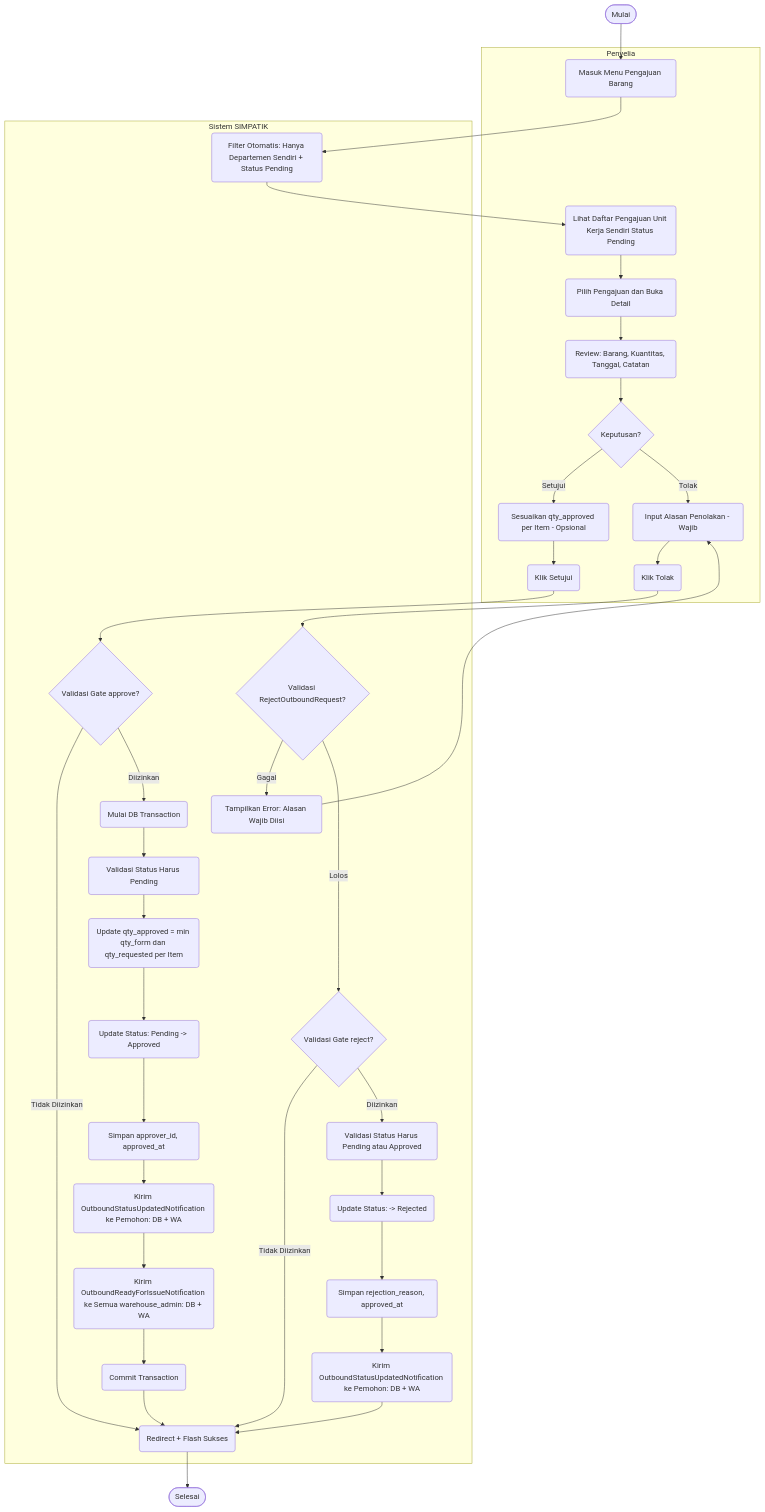
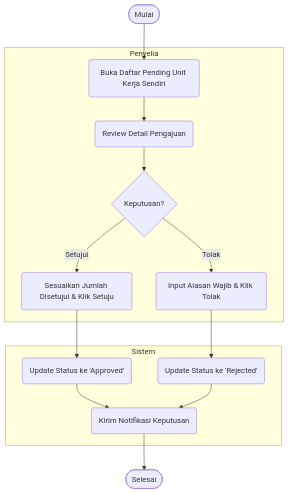
One commit to wahyu2021/SIMPATIK changed diagram 11 of 14 in laporan_activity_diagram.md. Above: the diagram before and after it, drawn with Mermaid. The commit also changed other lines of this file and 34 other files, not shown here.

Commit message:
Menyempurnakan logika seeder (User, Master Barang, dan Transaksi) agar lebih realistis

````diff
--- a/laporan_activity_diagram.md
+++ b/laporan_activity_diagram.md
@@ -630,73 +433,33 @@
 ```mermaid
 flowchart TD
     Start([Mulai])
     End([Selesai])
 
-    subgraph Penyelia [Penyelia]
-        A(Masuk Menu Pengajuan Barang)
-        B(Lihat Daftar Pengajuan Unit Kerja Sendiri Status Pending)
-        C(Pilih Pengajuan dan Buka Detail)
-        D(Review: Barang, Kuantitas, Tanggal, Catatan)
-        E{Keputusan?}
-        F(Sesuaikan qty_approved per Item - Opsional)
-        G(Klik Setujui)
-        H(Input Alasan Penolakan - Wajib)
-        I(Klik Tolak)
+    subgraph Penyelia
+        A(Buka Daftar Pending Unit Kerja Sendiri)
+        B(Review Detail Pengajuan)
+        C{Keputusan?}
+        D(Sesuaikan Jumlah Disetujui & Klik Setuju)
+        E(Input Alasan Wajib & Klik Tolak)
     end
 
-    subgraph Sistem [Sistem SIMPATIK]
-        J(Filter Otomatis: Hanya Departemen Sendiri + Status Pending)
-        K{Validasi Gate approve?}
-        L(Mulai DB Transaction)
-        M(Validasi Status Harus Pending)
-        N(Update qty_approved = min qty_form dan qty_requested per Item)
-        O(Update Status: Pending -> Approved)
-        O2(Simpan approver_id, approved_at)
-        P(Kirim OutboundStatusUpdatedNotification ke Pemohon: DB + WA)
-        Q(Kirim OutboundReadyForIssueNotification ke Semua warehouse_admin: DB + WA)
-        R(Commit Transaction)
-        S{Validasi RejectOutboundRequest?}
-        T(Tampilkan Error: Alasan Wajib Diisi)
-        U{Validasi Gate reject?}
-        V(Validasi Status Harus Pending atau Approved)
-        W(Update Status: -> Rejected)
-        W2(Simpan rejection_reason, approved_at)
-        X(Kirim OutboundStatusUpdatedNotification ke Pemohon: DB + WA)
-        Y(Redirect + Flash Sukses)
+    subgraph Sistem
+        F(Update Status ke 'Approved')
+        G(Update Status ke 'Rejected')
+        H(Kirim Notifikasi Keputusan)
     end
 
     Start --> A
-    A --> J
-    J --> B
+    A --> B
     B --> C
-    C --> D
-    D --> E
 
-    E -- Setujui --> F
-    F --> G
-    G --> K
-    K -- Tidak Diizinkan --> Y
-    K -- Diizinkan --> L
-    L --> M
-    M --> N
-    N --> O
-    O --> O2
-    O2 --> P
-    P --> Q
-    Q --> R
-    R --> Y
+    C -- Setujui --> D
+    D --> F
+    F --> H
 
-    E -- Tolak --> H
-    H --> I
-    I --> S
-    S -- Gagal --> T --> H
-    S -- Lolos --> U
-    U -- Tidak Diizinkan --> Y
-    U -- Diizinkan --> V
-    V --> W
-    W --> W2
-    W2 --> X
-    X --> Y
+    C -- Tolak --> E
+    E --> G
+    G --> H
 
-    Y --> End
+    H --> End
 ```
````
